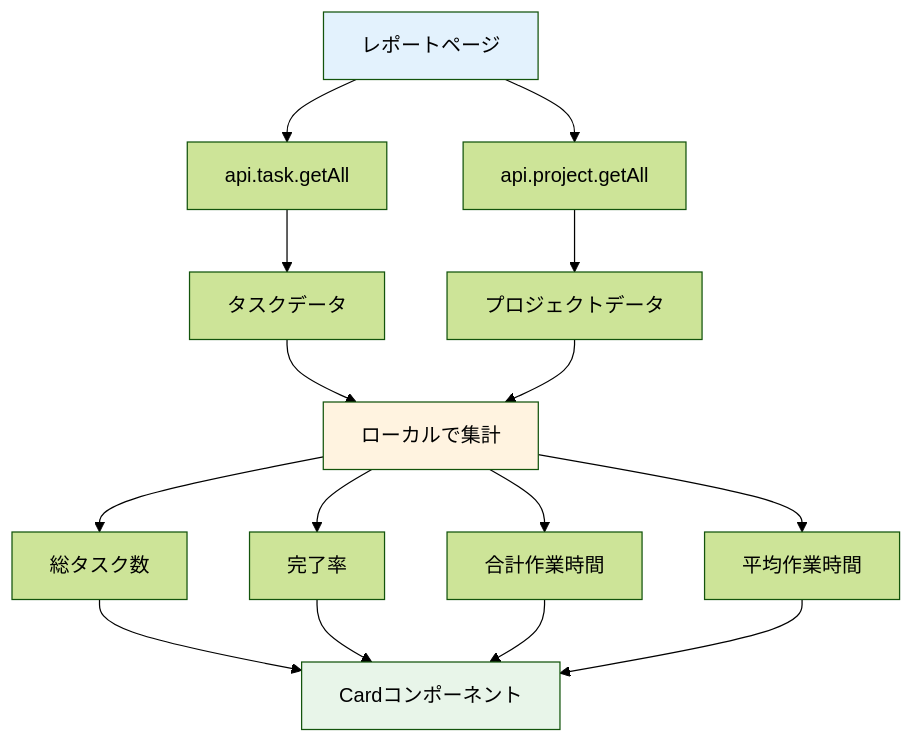
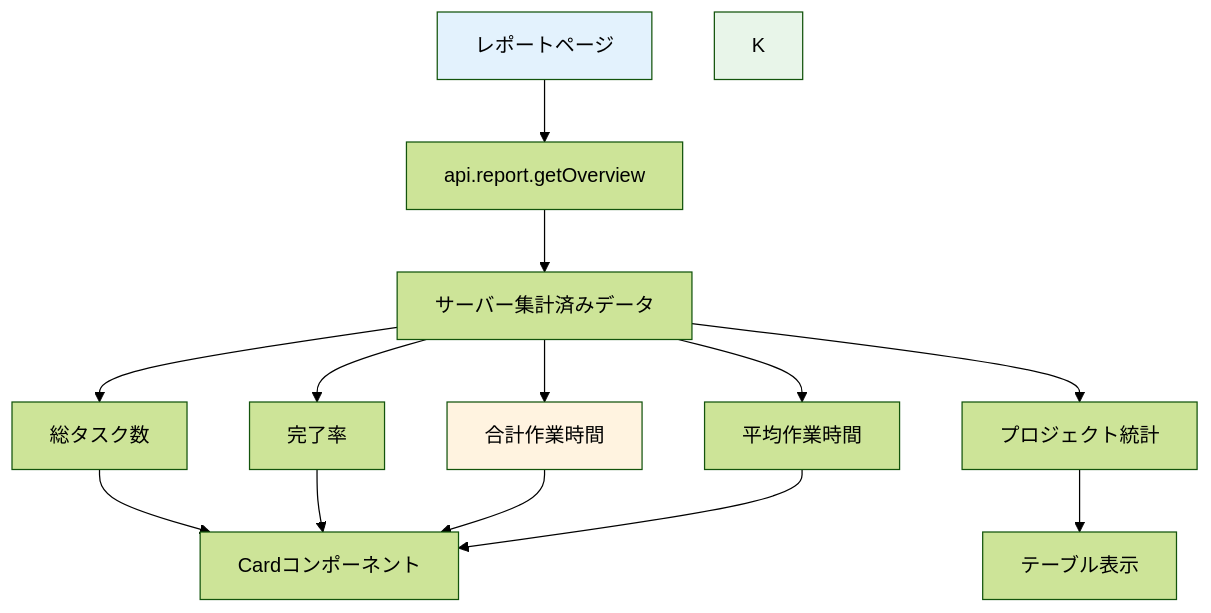
The diagram in material/30days-curriculum/day21_統計カードを表示.md (kouiso/task-app), drawn with Mermaid (forest theme) before and after one commit. The commit also changed other lines of this file and 8 other files, not shown here.

````diff
--- a/material/30days-curriculum/day21_統計カードを表示.md
+++ b/material/30days-curriculum/day21_統計カードを表示.md
@@ -41,21 +42,19 @@
 ```mermaid
 flowchart TD
-    A[レポートページ] --> B[api.task.getAll]
-    A --> C[api.project.getAll]
-    B --> D[タスクデータ]
-    C --> E[プロジェクトデータ]
-    D --> F[ローカルで集計]
-    E --> F
-    F --> G[総タスク数]
-    F --> H[完了率]
-    F --> I[合計作業時間]
-    F --> J[平均作業時間]
-    G --> K[Cardコンポーネント]
-    H --> K
-    I --> K
-    J --> K
+    A[レポートページ] --> B[api.report.getOverview]
+    B --> C[サーバー集計済みデータ]
+    C --> D[総タスク数]
+    C --> E[完了率]
+    C --> F[合計作業時間]
+    C --> G[平均作業時間]
+    C --> H[プロジェクト統計]
+    D --> I[Cardコンポーネント]
+    E --> I
+    F --> I
+    G --> I
+    H --> J[テーブル表示]
 
     style A fill:#e3f2fd
     style F fill:#fff3e0
     style K fill:#e8f5e9
 ```
````
